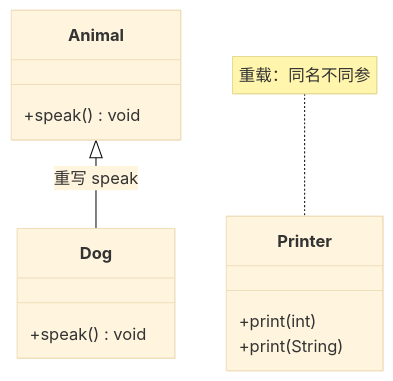
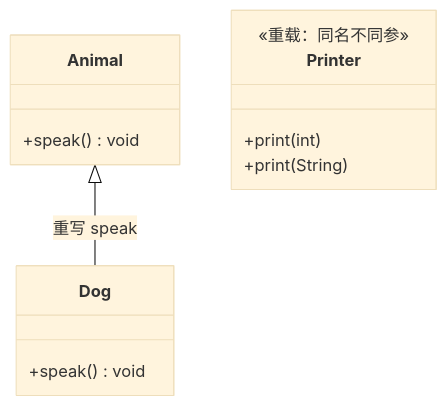
One commit to l552177239/my-note changed the second of 2 diagrams in docs/.vuepress/interview-bank/backend/java/05.override-overload.md. Above: the diagram before and after it, drawn with Mermaid (base theme). The commit also changed 3 other files, not shown here.

````diff
--- a/docs/.vuepress/interview-bank/backend/java/05.override-overload.md
+++ b/docs/.vuepress/interview-bank/backend/java/05.override-overload.md
@@ -44,15 +44,15 @@
 ```mermaid
 classDiagram
   class Animal {
     +speak() void
   }
   class Dog {
     +speak() void
   }
   class Printer {
+    <<重载：同名不同参>>
     +print(int)
     +print(String)
   }
   Animal <|-- Dog : 重写 speak
-  note for Printer "重载：同名不同参"
 ```
````
